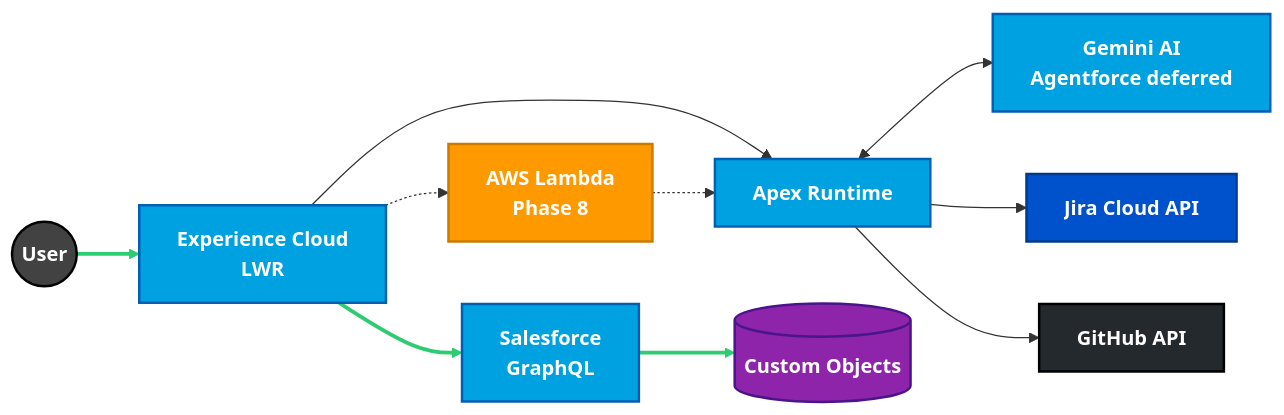
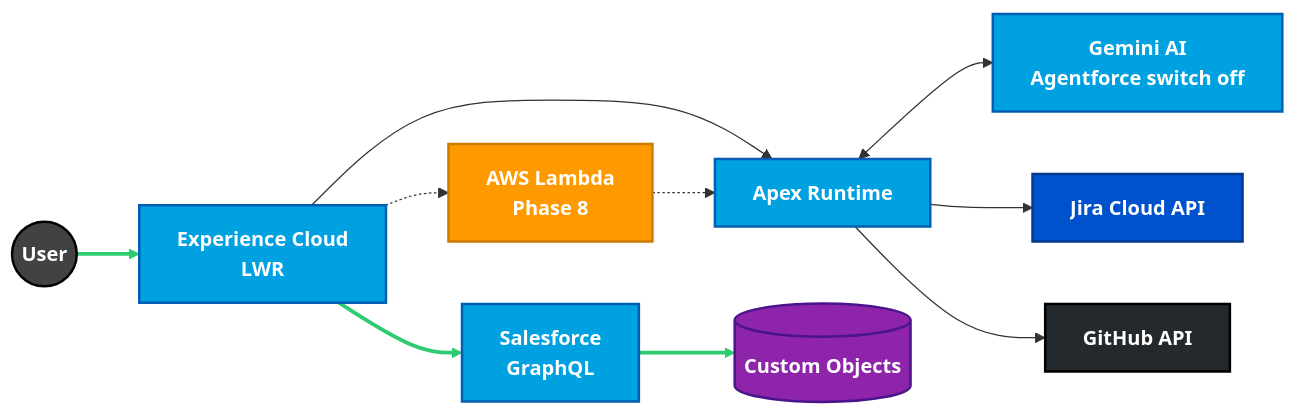
One commit to rdbumstead/salesforce-platform-architect-portfolio changed the diagram in README.md. Above: the diagram before and after it, drawn with Mermaid. The commit also changed other lines of this file and 3 other files, not shown here.

First line of the commit message:
docs(ai): describe the single dispatch, the Agentforce switch and the cover letter proxy

````diff
--- a/README.md
+++ b/README.md
@@ -219,47 +219,47 @@
 ```mermaid
 graph LR
     %%{init: {'flowchart': {'nodeSpacing': 50, 'rankSpacing': 50}}}%%
     %% ========= BRAND STYLES =========
     classDef user fill:#424242,stroke:#000000,stroke-width:2px,color:#ffffff,font-weight:bold;
     classDef sfdc fill:#00A1E0,stroke:#005FB2,stroke-width:2px,color:#ffffff,font-weight:bold;
     classDef aws fill:#FF9900,stroke:#CC7A00,stroke-width:2px,color:#ffffff,font-weight:bold;
     classDef jira fill:#0052CC,stroke:#003A8F,stroke-width:2px,color:#ffffff,font-weight:bold;
     classDef github fill:#24292E,stroke:#000000,stroke-width:2px,color:#ffffff,font-weight:bold;
     classDef data fill:#8E24AA,stroke:#4A148C,stroke-width:2px,color:#ffffff,font-weight:bold;
     classDef future fill:#FFF3E0,stroke:#FB8C00,stroke-width:2px,stroke-dasharray:5 5;
 
     %% ========= NODES =========
     User((User))
     LWR[Experience Cloud<br/>LWR]
     GQL[Salesforce<br/>GraphQL]
     Apex[Apex Runtime]
     DB[(Custom Objects)]
-    AI[Gemini AI<br/>Agentforce deferred]
+    AI[Gemini AI<br/>Agentforce switch off]
     Jira[Jira Cloud API]
     GitHub[GitHub API]
     Lambda[AWS Lambda<br/>Phase 8]
 
     %% ========= FLOWS =========
     User --> LWR
     LWR --> GQL
     GQL --> DB
     LWR --> Apex
     Apex <--> AI
     Apex --> Jira
     Apex --> GitHub
 
     %% ========= FUTURE =========
     LWR -.-> Lambda
     Lambda -.-> Apex
 
     %% ========= APPLY STYLES =========
     class User user;
     class LWR,GQL,Apex,AI sfdc;
     class DB data;
     class Jira jira;
     class GitHub github;
     class Lambda aws;
 
     %% ========= CRITICAL PATH =========
     linkStyle 0,1,2 stroke:#2ECC71,stroke-width:3px;
 ```
````
